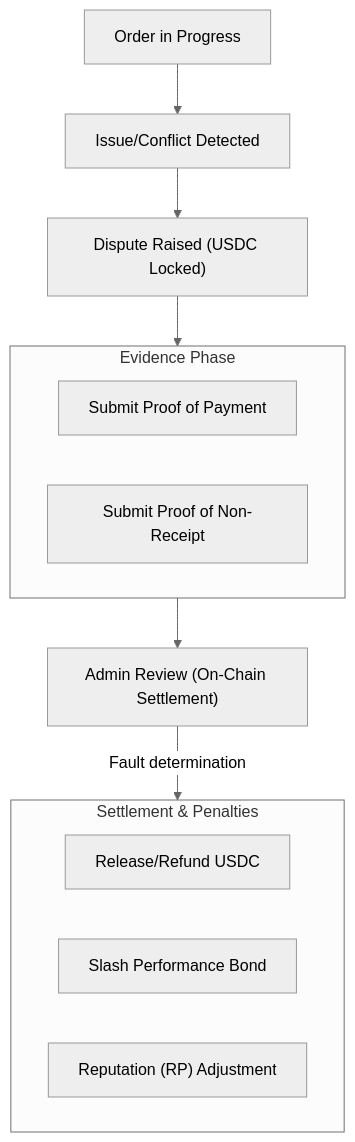
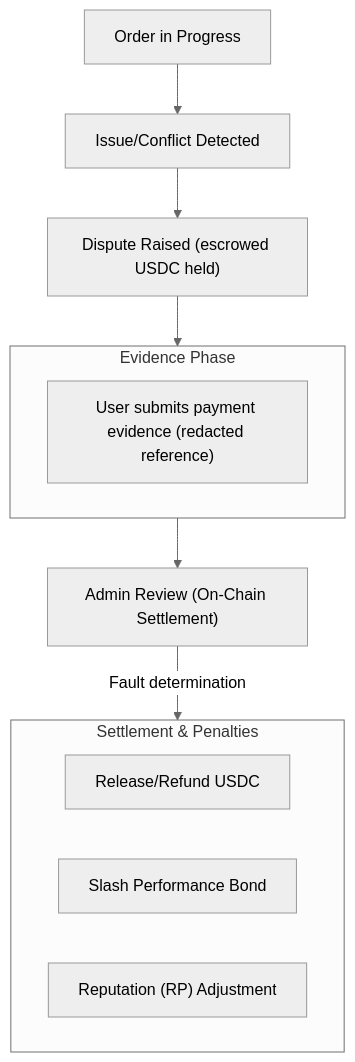
The third of 3 diagrams in sources/for-merchants.md (uditstocks/docs.p2pdotme), drawn with Mermaid (neutral theme) before and after one commit. The commit also changed other lines of this file and 5 other files, not shown here.

````diff
--- a/sources/for-merchants.md
+++ b/sources/for-merchants.md
@@ -155,22 +154,20 @@
 ```mermaid
 flowchart TD
     Order["Order in Progress"] --> Issue["Issue/Conflict Detected"]
-    Issue --> Dispute["Dispute Raised (USDC Locked)"]
+    Issue --> Dispute["Dispute Raised (escrowed USDC held)"]
     
     subgraph Evidence["Evidence Phase"]
-        direction LR
-        Payer["Submit Proof of Payment"]
-        Payee["Submit Proof of Non-Receipt"]
+        User["User submits payment evidence (redacted reference)"]
     end
     
     Dispute --> Evidence
     Evidence --> Review["Admin Review (On-Chain Settlement)"]
     
     Review -- "Fault determination" --> Outcome
     
     subgraph Outcome["Settlement & Penalties"]
         Release["Release/Refund USDC"]
         Slash["Slash Performance Bond"]
         RP["Reputation (RP) Adjustment"]
     end
 ```
````
